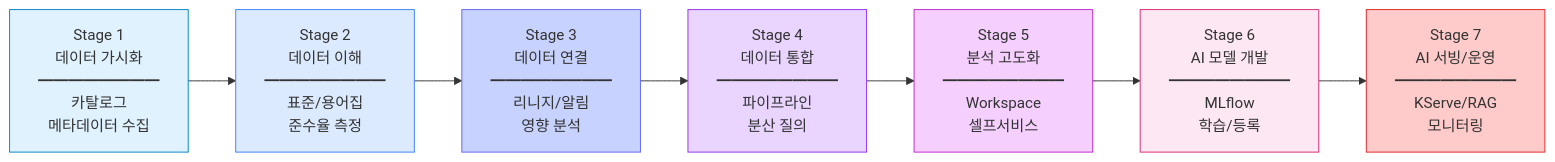
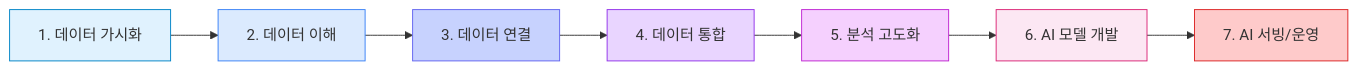
The sixth of 6 diagrams in argus-catalog-server/docs/architecture.md (TheOpenCloudEngine/argus), drawn with Mermaid before and after one commit.

Commit message:
Simplify AI Journey diagram to single-line flow

````diff
--- a/argus-catalog-server/docs/architecture.md
+++ b/argus-catalog-server/docs/architecture.md
@@ -308,20 +308,12 @@
 ```mermaid
 flowchart LR
-    S1["Stage 1<br/>데이터 가시화<br/>━━━━━━━━<br/>카탈로그<br/>메타데이터 수집"]
-    S2["Stage 2<br/>데이터 이해<br/>━━━━━━━━<br/>표준/용어집<br/>준수율 측정"]
-    S3["Stage 3<br/>데이터 연결<br/>━━━━━━━━<br/>리니지/알림<br/>영향 분석"]
-    S4["Stage 4<br/>데이터 통합<br/>━━━━━━━━<br/>파이프라인<br/>분산 질의"]
-    S5["Stage 5<br/>분석 고도화<br/>━━━━━━━━<br/>Workspace<br/>셀프서비스"]
-    S6["Stage 6<br/>AI 모델 개발<br/>━━━━━━━━<br/>MLflow<br/>학습/등록"]
-    S7["Stage 7<br/>AI 서빙/운영<br/>━━━━━━━━<br/>KServe/RAG<br/>모니터링"]
-
-    S1 --> S2 --> S3 --> S4 --> S5 --> S6 --> S7
+    S1["1. 데이터 가시화"] --> S2["2. 데이터 이해"] --> S3["3. 데이터 연결"] --> S4["4. 데이터 통합"] --> S5["5. 분석 고도화"] --> S6["6. AI 모델 개발"] --> S7["7. AI 서빙/운영"]
 
     style S1 fill:#e0f2fe,stroke:#0284c7
     style S2 fill:#dbeafe,stroke:#3b82f6
     style S3 fill:#c7d2fe,stroke:#6366f1
     style S4 fill:#e9d5ff,stroke:#9333ea
     style S5 fill:#f5d0fe,stroke:#c026d3
     style S6 fill:#fce7f3,stroke:#db2777
     style S7 fill:#fecaca,stroke:#dc2626
 ```
````
